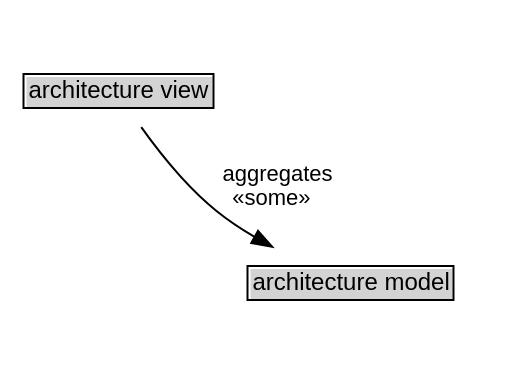
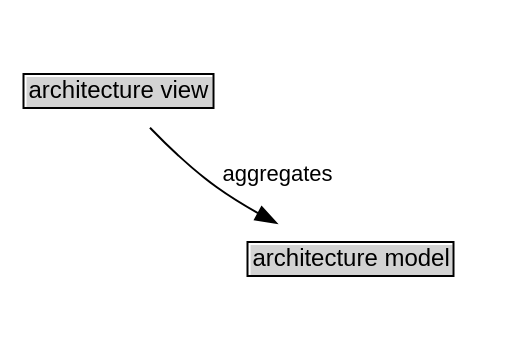
The diagram in docs/diagrams/architecture view.dot (k-vaughn/iso14812), drawn with Graphviz before and after one commit. The commit also changed 3392 other files, not shown here.

```diff
--- a/docs/diagrams/architecture view.dot
+++ b/docs/diagrams/architecture view.dot
@@ -1,19 +1,18 @@
 // Diagram for architecture view
 digraph {
 	graph [overlap=false rankdir=TB splines=true]
 	node [fontname=Arial fontsize=12 margin=0 shape=none]
 	edge [fontname=Arial fontsize=11]
 	{
 		rank=max
-		"architecture view" [label=<<TABLE BORDER="1" CELLBORDER="0" CELLSPACING="0" CELLPADDING="1"><TR><TD BGCOLOR="lightgray" ALIGN="CENTER" PORT="e">architecture view</TD></TR></TABLE>> URL="../classes/itsVocabulary__architecture view.md" margin=0]
+		"architecture view" [label=<<TABLE BORDER="1" CELLBORDER="0" CELLSPACING="0" CELLPADDING="1"><TR><TD BGCOLOR="lightgray" ALIGN="CENTER" PORT="e">architecture view</TD></TR></TABLE>> margin=0]
 	}
 	subgraph cluster_associated {
 		label="" style=invis
 		Invis [label=<<TABLE BORDER="0" CELLBORDER="0" CELLSPACING="0" CELLPADDING="1"><TR><TD></TD></TR></TABLE>> margin=0 style=invis]
-		architectureModel [label=<<TABLE BORDER="1" CELLBORDER="0" CELLSPACING="0" CELLPADDING="1"><TR><TD BGCOLOR="lightgray" ALIGN="CENTER">architecture model</TD></TR></TABLE>> URL="../architecture model/" margin=0 target=_top]
+		architectureModel [label=<<TABLE BORDER="1" CELLBORDER="0" CELLSPACING="0" CELLPADDING="1"><TR><TD BGCOLOR="lightgray" ALIGN="CENTER">architecture model</TD></TR></TABLE>> URL="../terms/architecture model/" margin=0 target=_top]
 	}
 	"architecture view" -> Invis [style=invis]
 	Invis -> architectureModel [style=invis]
-	"architecture view" -> architectureModel [label=" aggregates 
- «some»  " arrowhead=normal style=solid]
+	"architecture view" -> architectureModel [label=" aggregates " arrowhead=normal style=solid]
 }
```
